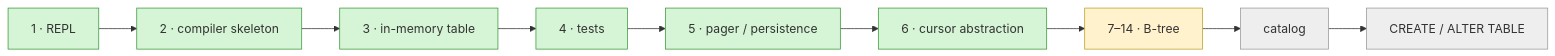
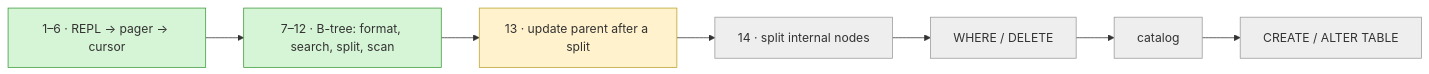
Diagram 16 of 16 in README.md (Rohitangshu2026/mini-sql), drawn with Mermaid before and after one commit. The commit also changed other lines of this file, not shown here.

First line of the commit message:
docs: rewrite the README for the B-tree storage engine

````diff
--- a/README.md
+++ b/README.md
@@ -633,17 +866,17 @@
 ```mermaid
 flowchart LR
-    P1["1 · REPL"] --> P2["2 · compiler skeleton"] --> P3["3 · in-memory table"] --> P4["4 · tests"]
-    P4 --> P5["5 · pager / persistence"]
-    P5 --> P6["6 · cursor abstraction"]
-    P6 --> P7["7–14 · B-tree"]
-    P7 --> CAT["catalog"]
-    CAT --> DDL["CREATE / ALTER TABLE"]
+    A["1–6 · REPL → pager → cursor"] --> B["7–12 · B-tree: format, search, split, scan"]
+    B --> C["13 · update parent after a split"]
+    C --> D["14 · split internal nodes"]
+    D --> E["WHERE / DELETE"]
+    E --> F["catalog"]
+    F --> G["CREATE / ALTER TABLE"]
 
     classDef done fill:#d6f5d6,stroke:#3a9a3a;
     classDef now fill:#fff2cc,stroke:#bba12a;
     classDef todo fill:#eeeeee,stroke:#999999;
 
-    class P1,P2,P3,P4,P5,P6 done;
-    class P7 now;
-    class CAT,DDL todo;
+    class A,B done;
+    class C now;
+    class D,E,F,G todo;
 ```
````
